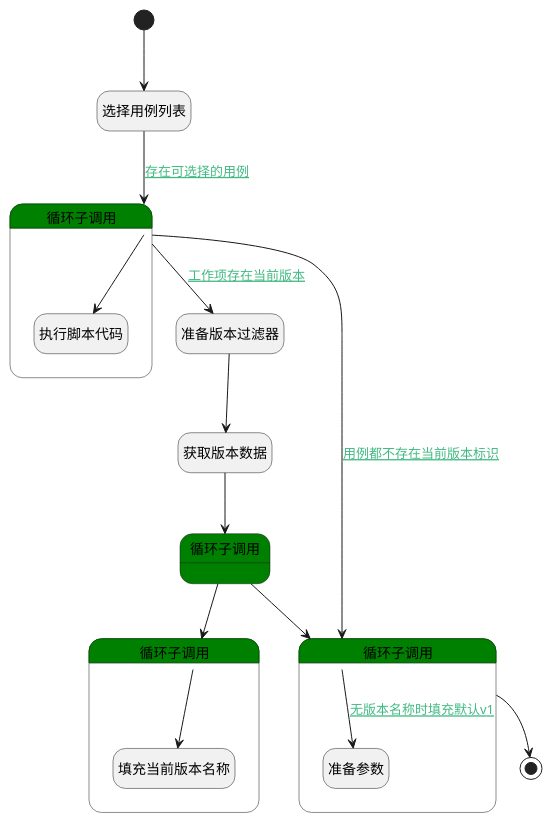
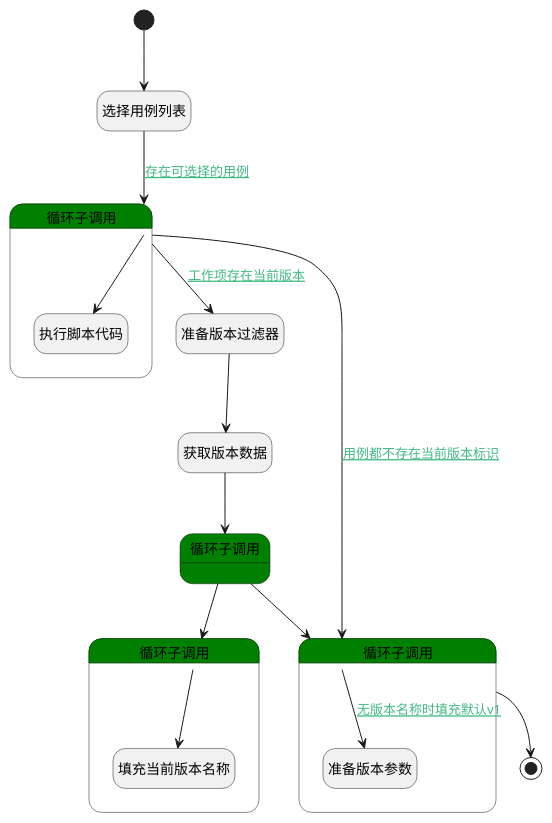
One commit to iBizLab/plm changed the diagram in doc/docsify/module/TestMgmt/test_case/logic/baseline_plan_case.md. Above: the diagram before and after it, drawn with PlantUML. The commit also changed other lines of this file and 1778 other files, not shown here.

````diff
--- a/doc/docsify/module/TestMgmt/test_case/logic/baseline_plan_case.md
+++ b/doc/docsify/module/TestMgmt/test_case/logic/baseline_plan_case.md
@@ -7,44 +7,44 @@
 ```plantuml
 @startuml
 hide empty description
 <style>
 root {
   HyperlinkColor #42b983
 }
 </style>
 
 hide empty description
 state "开始" as Begin <<start>> [[$./baseline_plan_case#begin {"开始"}]]
 state "选择用例列表" as DEDATASET1  [[$./baseline_plan_case#dedataset1 {"选择用例列表"}]]
 state "准备版本过滤器" as PREPAREPARAM1  [[$./baseline_plan_case#prepareparam1 {"准备版本过滤器"}]]
 state "获取版本数据" as DEDATASET2  [[$./baseline_plan_case#dedataset2 {"获取版本数据"}]]
 state "结束" as END1 <<end>> [[$./baseline_plan_case#end1 {"结束"}]]
 state "循环子调用" as LOOPSUBCALL1  [[$./baseline_plan_case#loopsubcall1 {"循环子调用"}]] #green {
 state "执行脚本代码" as RAWSFCODE1  [[$./baseline_plan_case#rawsfcode1 {"执行脚本代码"}]]
 }
 state "循环子调用" as LOOPSUBCALL2  [[$./baseline_plan_case#loopsubcall2 {"循环子调用"}]] #green {
 }
 state "循环子调用" as LOOPSUBCALL3  [[$./baseline_plan_case#loopsubcall3 {"循环子调用"}]] #green {
 state "填充当前版本名称" as PREPAREPARAM2  [[$./baseline_plan_case#prepareparam2 {"填充当前版本名称"}]]
 }
 state "循环子调用" as LOOPSUBCALL4  [[$./baseline_plan_case#loopsubcall4 {"循环子调用"}]] #green {
-state "准备参数" as PREPAREPARAM3  [[$./baseline_plan_case#prepareparam3 {"准备参数"}]]
+state "准备版本参数" as PREPAREPARAM3  [[$./baseline_plan_case#prepareparam3 {"准备版本参数"}]]
 }
 
 
 Begin --> DEDATASET1
 DEDATASET1 --> LOOPSUBCALL1 : [[$./baseline_plan_case#dedataset1-loopsubcall1{存在可选择的用例} 存在可选择的用例]]
 LOOPSUBCALL1 --> RAWSFCODE1
 LOOPSUBCALL1 --> PREPAREPARAM1 : [[$./baseline_plan_case#loopsubcall1-prepareparam1{工作项存在当前版本} 工作项存在当前版本]]
 PREPAREPARAM1 --> DEDATASET2
 DEDATASET2 --> LOOPSUBCALL2
 LOOPSUBCALL2 --> LOOPSUBCALL3
 LOOPSUBCALL3 --> PREPAREPARAM2
 LOOPSUBCALL2 --> LOOPSUBCALL4
 LOOPSUBCALL4 --> END1
 LOOPSUBCALL4 --> PREPAREPARAM3 : [[$./baseline_plan_case#loopsubcall4-prepareparam3{无版本名称时填充默认v1} 无版本名称时填充默认v1]]
 LOOPSUBCALL1 --> LOOPSUBCALL4 : [[$./baseline_plan_case#loopsubcall1-loopsubcall4{用例都不存在当前版本标识} 用例都不存在当前版本标识]]
 
 
 @enduml
 ```
````
